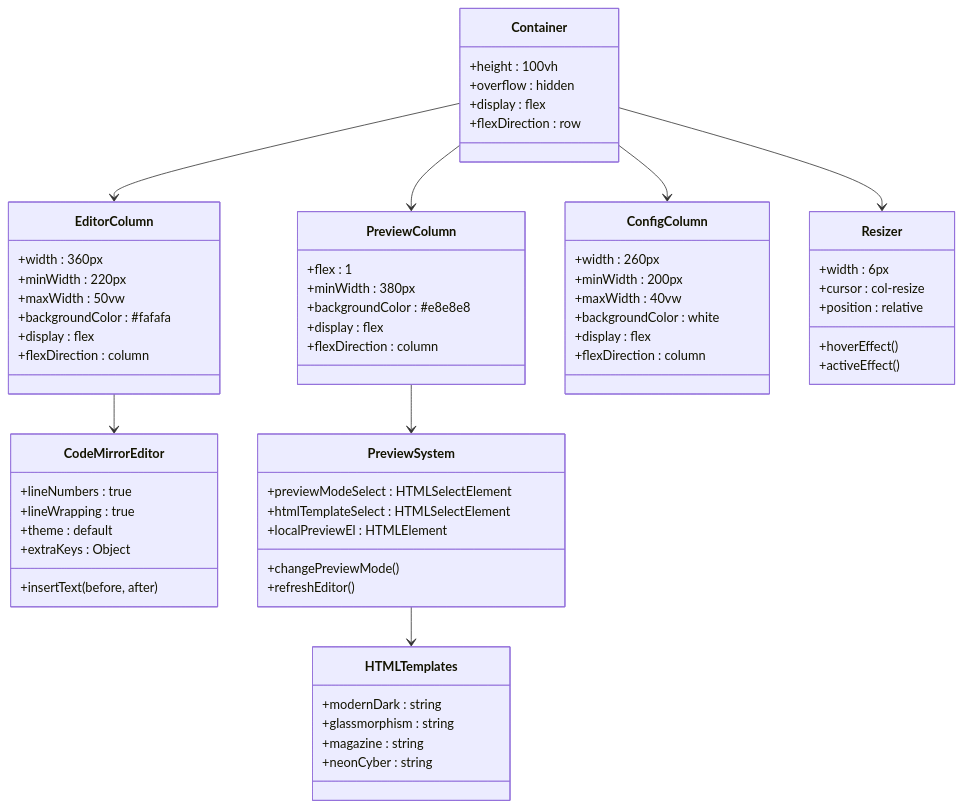
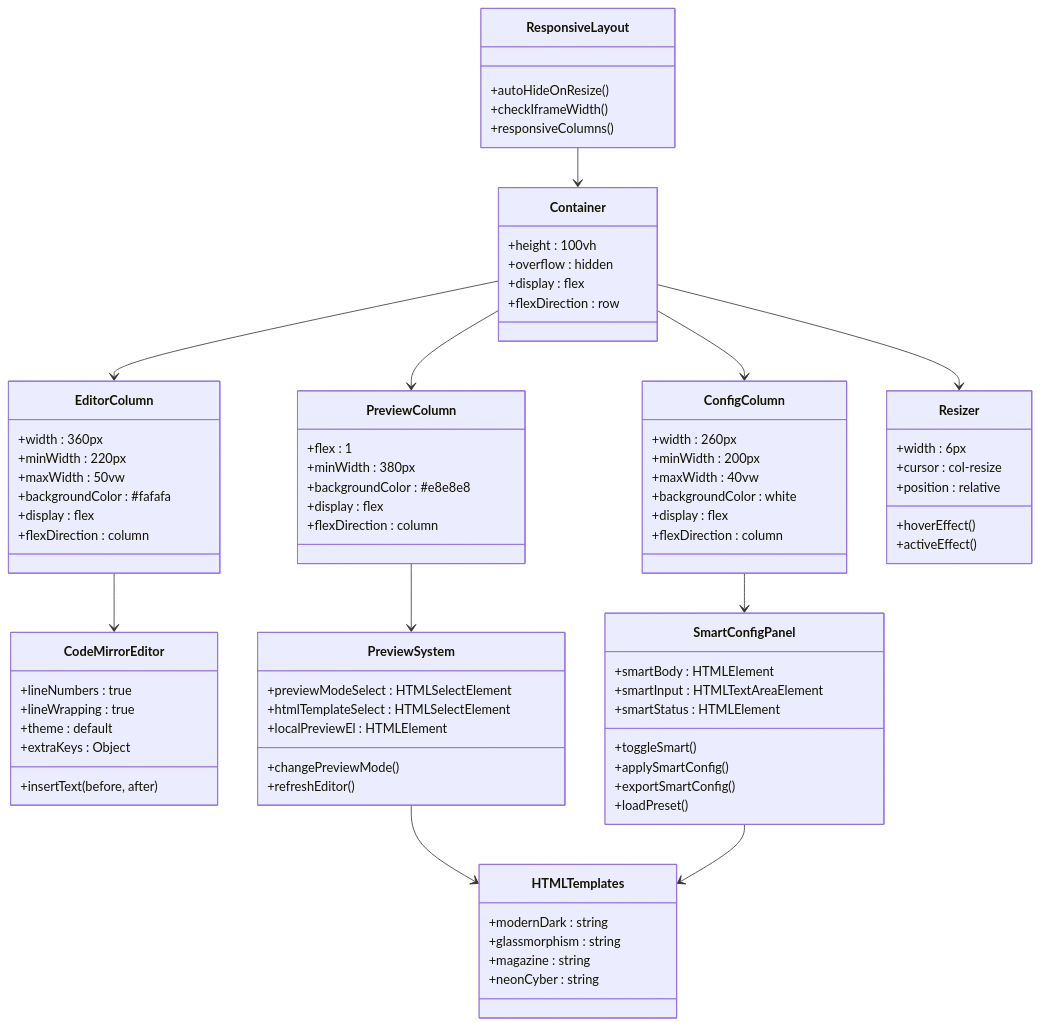
One commit to wanwushelie/markdown-to-word-studio changed the fifth of 18 diagrams in .lingma/repowiki/zh/content/用户指南/前端界面现代化.md. Above: the diagram before and after it, drawn with Mermaid. The commit also changed other lines of this file and 42 other files, not shown here.

````diff
--- a/.lingma/repowiki/zh/content/用户指南/前端界面现代化.md
+++ b/.lingma/repowiki/zh/content/用户指南/前端界面现代化.md
@@ -359,11 +392,25 @@
 +changePreviewMode()
 +refreshEditor()
 }
+class SmartConfigPanel {
++smartBody : HTMLElement
++smartInput : HTMLTextAreaElement
++smartStatus : HTMLElement
++toggleSmart()
++applySmartConfig()
++exportSmartConfig()
++loadPreset()
+}
 class HTMLTemplates {
 +modernDark : string
 +glassmorphism : string
 +magazine : string
 +neonCyber : string
+}
+class ResponsiveLayout {
++autoHideOnResize()
++checkIframeWidth()
++responsiveColumns()
 }
 Container --> EditorColumn
 Container --> PreviewColumn
@@ -372,4 +419,7 @@
 EditorColumn --> CodeMirrorEditor
 PreviewColumn --> PreviewSystem
 PreviewSystem --> HTMLTemplates
+ConfigColumn --> SmartConfigPanel
+SmartConfigPanel --> HTMLTemplates
+ResponsiveLayout --> Container
 ```
````
